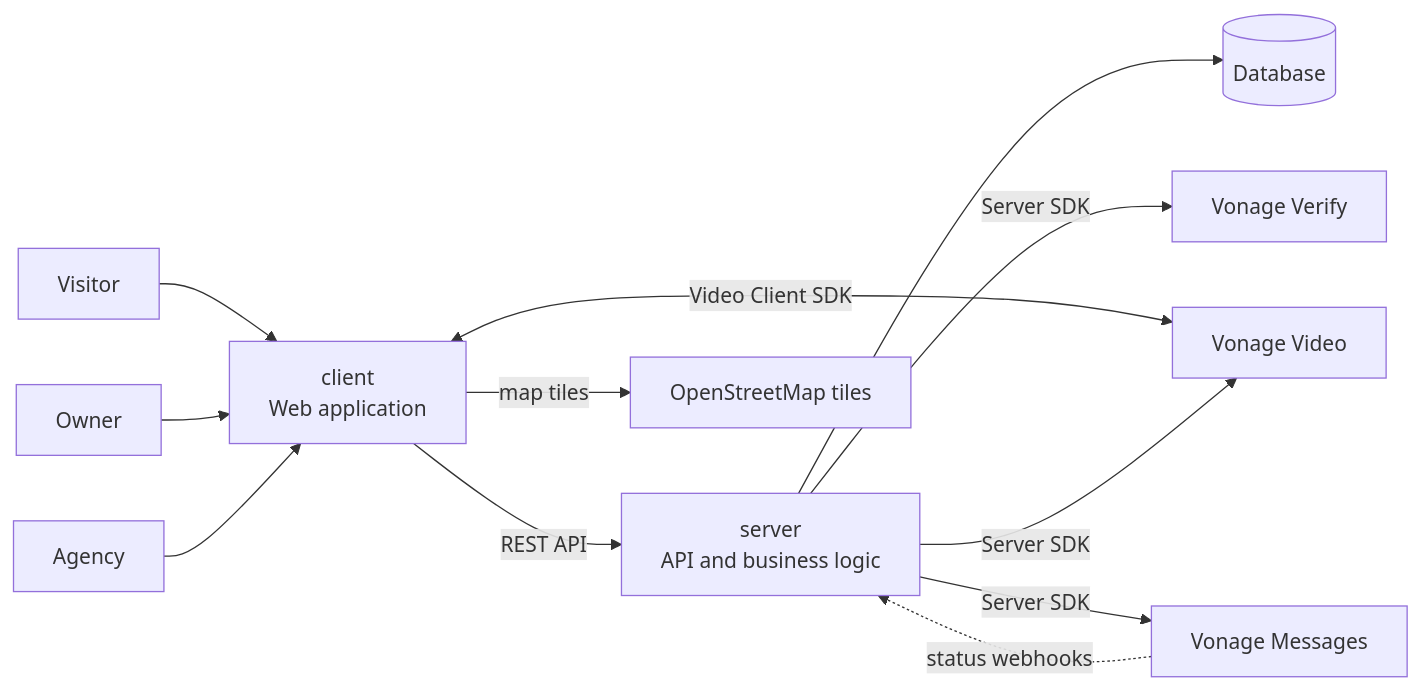
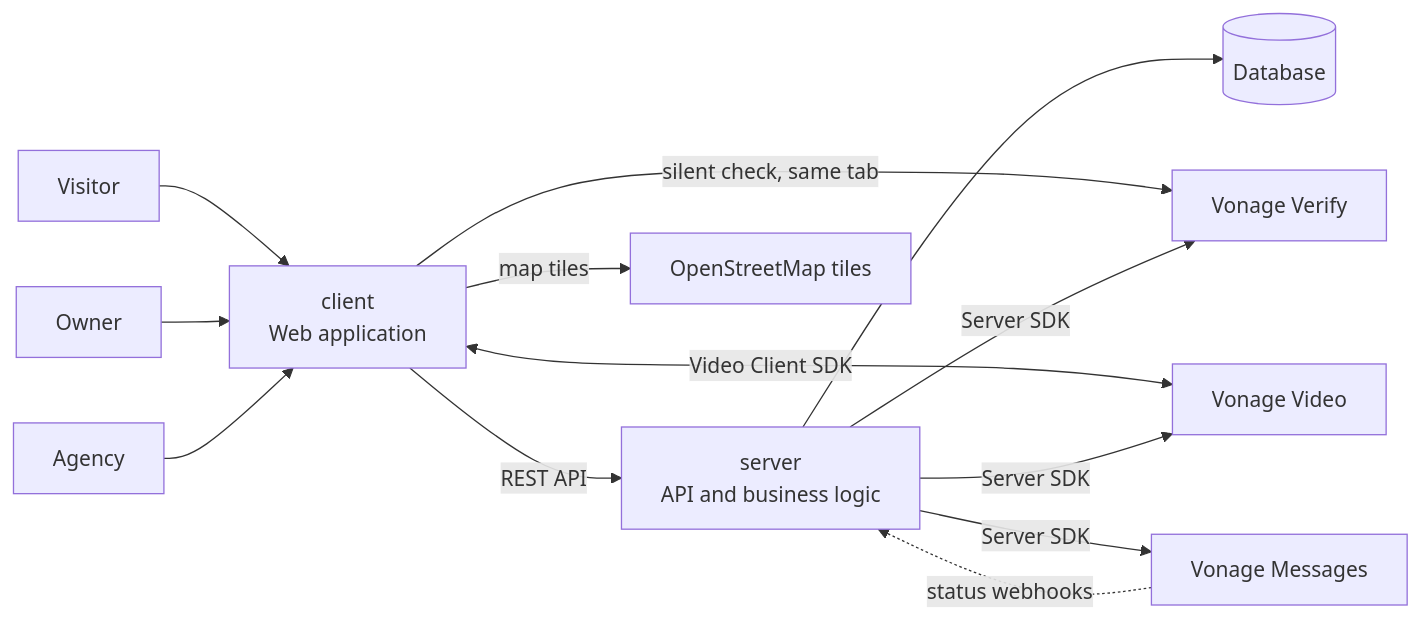
The first of 2 diagrams in docs/architecture/README.md (femCodersClub-vonage-program/secure-property-viewing), drawn with Mermaid before and after one commit. The commit also changed other lines of this file and 17 other files, not shown here.

````diff
--- a/docs/architecture/README.md
+++ b/docs/architecture/README.md
@@ -7,14 +7,15 @@
 ```mermaid
 flowchart LR
   V[Visitor] --> C
   P[Owner] --> C
   A[Agency] --> C
   C["client<br/>Web application"] -->|REST API| S["server<br/>API and business logic"]
   C <-->|Video Client SDK| VV[Vonage Video]
+  C -->|silent check, same tab| VY
   C -->|map tiles| OSM[OpenStreetMap tiles]
   S --> DB[(Database)]
   S -->|Server SDK| VY[Vonage Verify]
   S -->|Server SDK| VV
   S -->|Server SDK| VM[Vonage Messages]
   VM -. status webhooks .-> S
 ```
````
